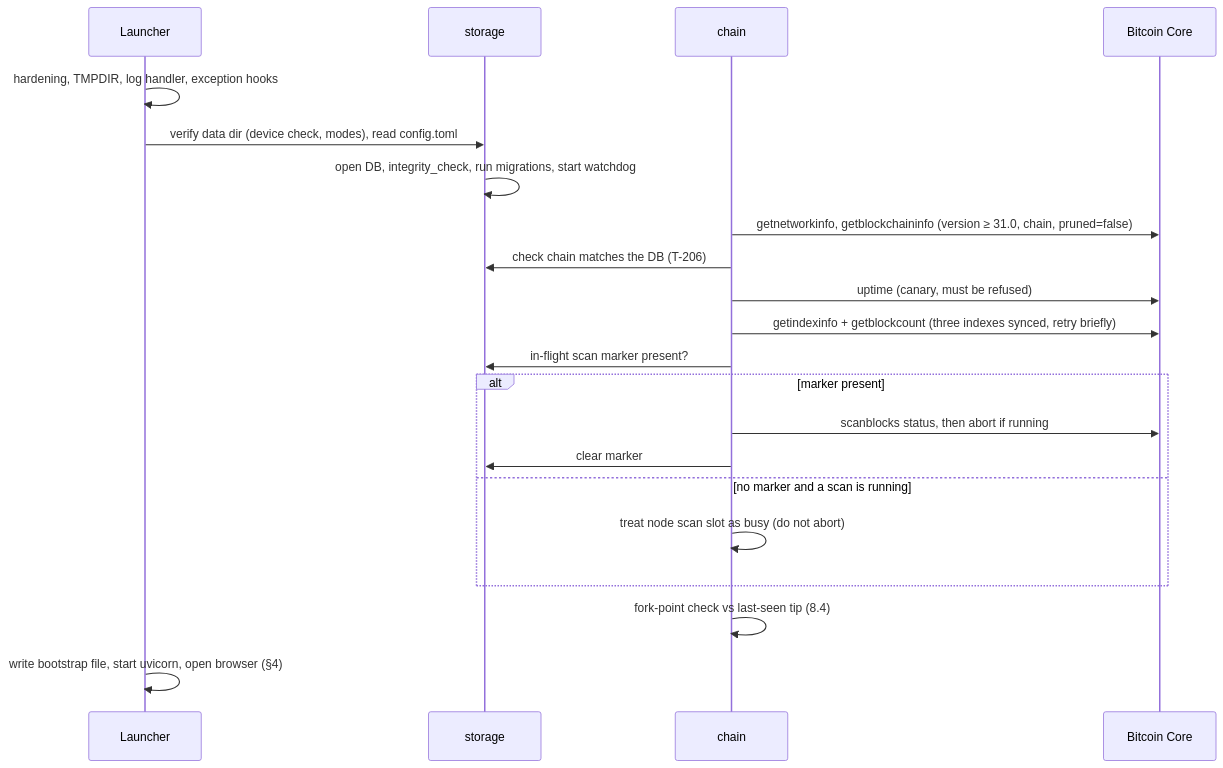
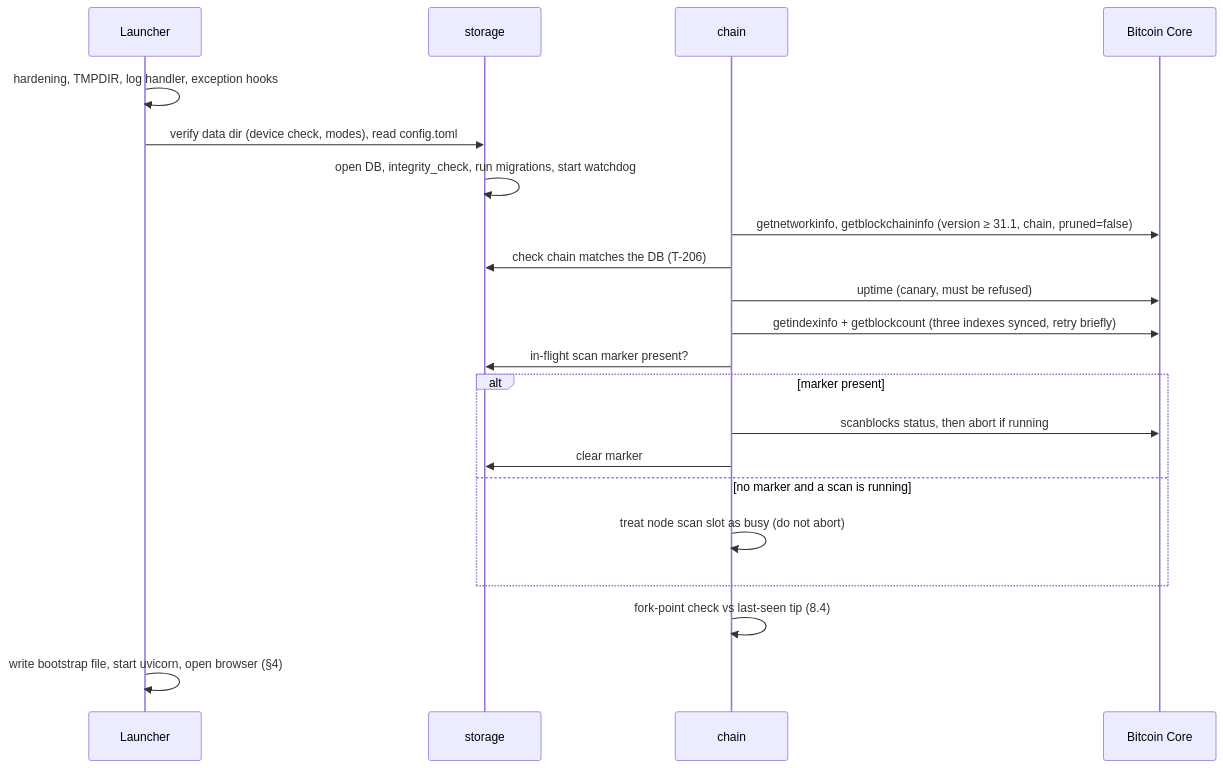
Before and after one commit to kristovatlas/coin-accounting: the fifth of 9 diagrams in docs/architecture.md, drawn with Mermaid. The commit also changed other lines of this file and 7 other files, not shown here.

````diff
--- a/docs/architecture.md
+++ b/docs/architecture.md
@@ -261,23 +261,23 @@
 ```mermaid
 sequenceDiagram
   participant L as Launcher
   participant S as storage
   participant C as chain
   participant N as Bitcoin Core
   L->>L: hardening, TMPDIR, log handler, exception hooks
   L->>S: verify data dir (device check, modes), read config.toml
   S->>S: open DB, integrity_check, run migrations, start watchdog
-  C->>N: getnetworkinfo, getblockchaininfo (version ≥ 31.0, chain, pruned=false)
+  C->>N: getnetworkinfo, getblockchaininfo (version ≥ 31.1, chain, pruned=false)
   C->>S: check chain matches the DB (T-206)
   C->>N: uptime (canary, must be refused)
   C->>N: getindexinfo + getblockcount (three indexes synced, retry briefly)
   C->>S: in-flight scan marker present?
   alt marker present
     C->>N: scanblocks status, then abort if running
     C->>S: clear marker
   else no marker and a scan is running
     C->>C: treat node scan slot as busy (do not abort)
   end
   C->>C: fork-point check vs last-seen tip (8.4)
   L->>L: write bootstrap file, start uvicorn, open browser (§4)
 ```
````
